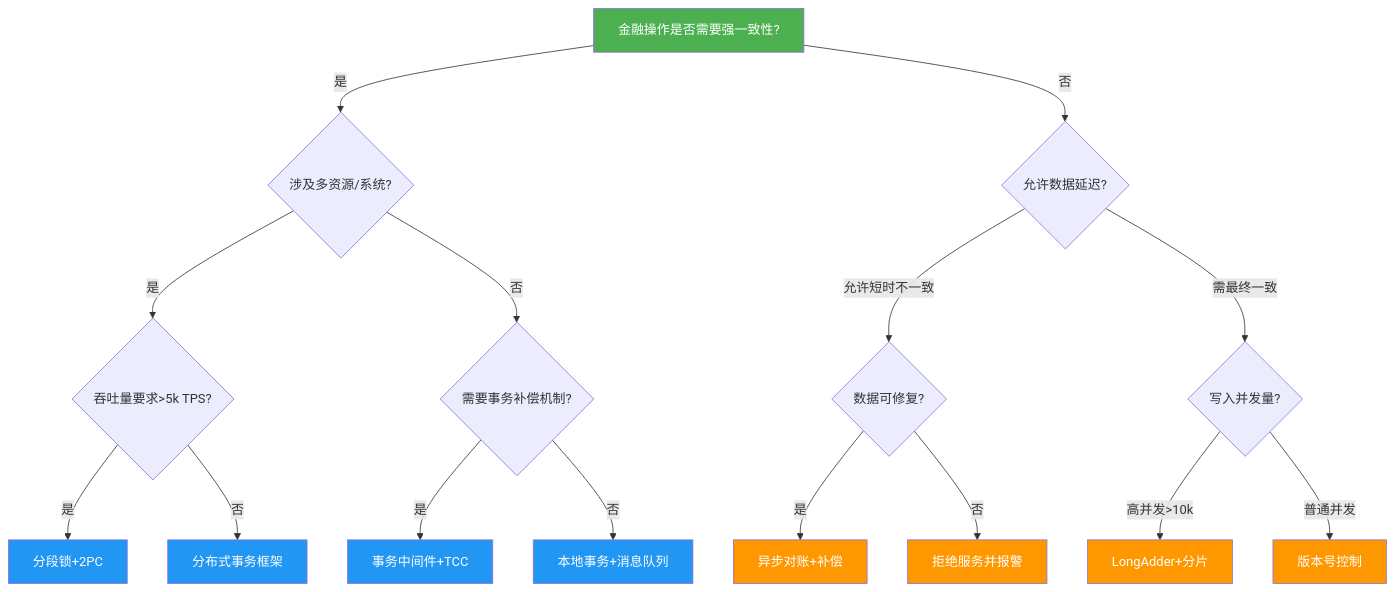
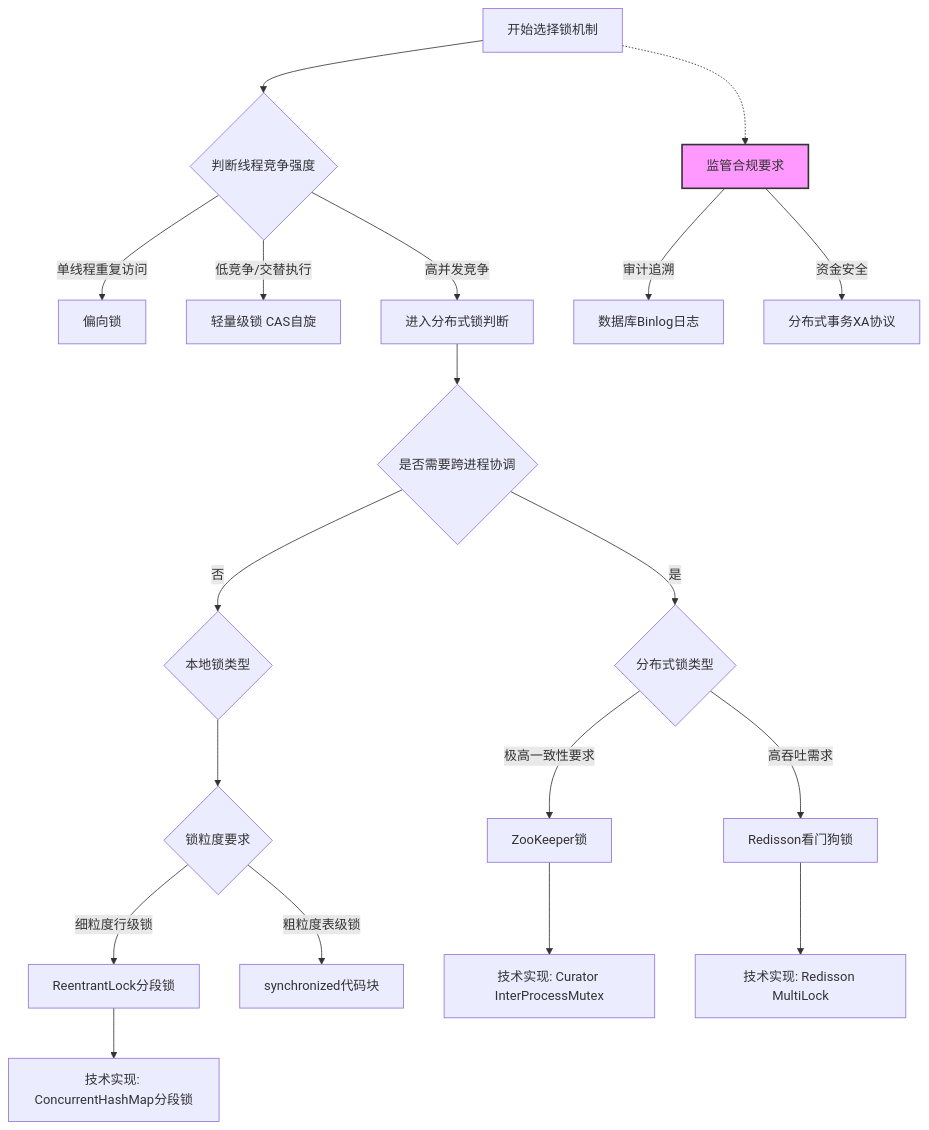
The diagram in fintech_lock.md (ouyangshourui/Java_Base_Pratice), drawn with Mermaid before and after one commit.

````diff
--- a/fintech_lock.md
+++ b/fintech_lock.md
@@ -43,33 +43,30 @@
 ```mermaid
 graph TD
-    A[金融操作是否需要强一致性?] -->|是| B{涉及多资源/系统?}
-    A -->|否| C{允许数据延迟?}
+    Start[开始选择锁机制] --> ThreadContention{判断线程竞争强度}
     
-    B -->|是| D{吞吐量要求>5k TPS?}
-    B -->|否| E{需要事务补偿机制?}
+    ThreadContention -->|单线程重复访问| BiasLock[偏向锁]
+    ThreadContention -->|低竞争/交替执行| LightweightLock[轻量级锁 CAS自旋]
+    ThreadContention -->|高并发竞争| HeavyLock[进入分布式锁判断]
     
-    D -->|是| F[分段锁+2PC]
-    D -->|否| G[分布式事务框架]
+    HeavyLock --> DistributedCheck{是否需要跨进程协调}
     
-    E -->|是| H[事务中间件+TCC]
-    E -->|否| I[本地事务+消息队列]
+    DistributedCheck -->|是| DistributedLock{分布式锁类型}
+    DistributedCheck -->|否| LocalLock{本地锁类型}
     
-    C -->|允许短时不一致| J{数据可修复?}
-    C -->|需最终一致| K{写入并发量?}
+    DistributedLock -->|极高一致性要求| ZKLock[ZooKeeper锁]
+    DistributedLock -->|高吞吐需求| RedisLock[Redisson看门狗锁]
     
-    J -->|是| L[异步对账+补偿]
-    J -->|否| M[拒绝服务并报警]
+    LocalLock --> Granularity{锁粒度要求}
+    Granularity -->|细粒度行级锁| SegmentLock[ReentrantLock分段锁]
+    Granularity -->|粗粒度表级锁| SynchronizedLock[synchronized代码块]
     
-    K -->|高并发>10k| N[LongAdder+分片]
-    K -->|普通并发| O[版本号控制]
+    ZKLock --> ZKImpl[技术实现: Curator InterProcessMutex]
+    RedisLock --> RedisImpl[技术实现: Redisson MultiLock]
+    SegmentLock --> SegmentImpl[技术实现: ConcurrentHashMap分段锁]
     
-    style A fill:#4CAF50,color:white
-    style F fill:#2196F3,color:white
-    style G fill:#2196F3,color:white
-    style H fill:#2196F3,color:white
-    style I fill:#2196F3,color:white
-    style L fill:#FF9800,color:white
-    style M fill:#FF9800,color:white
-    style N fill:#FF9800,color:white
-    style O fill:#FF9800,color:white
+    Start -.-> ComplianceCheck[监管合规要求]:::important
+    ComplianceCheck -->|审计追溯| Binlog[数据库Binlog日志] 
+    ComplianceCheck -->|资金安全| XA[分布式事务XA协议]
+    
+    classDef important fill:#f9f,stroke:#333,stroke-width:2px;
 ```
````
